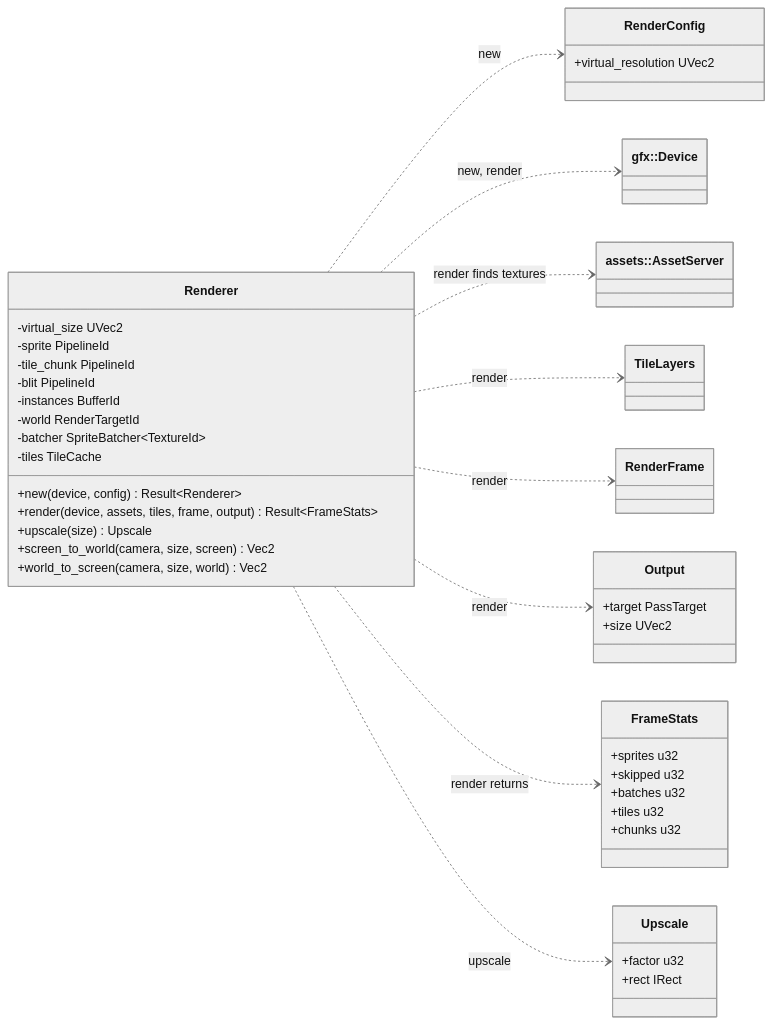
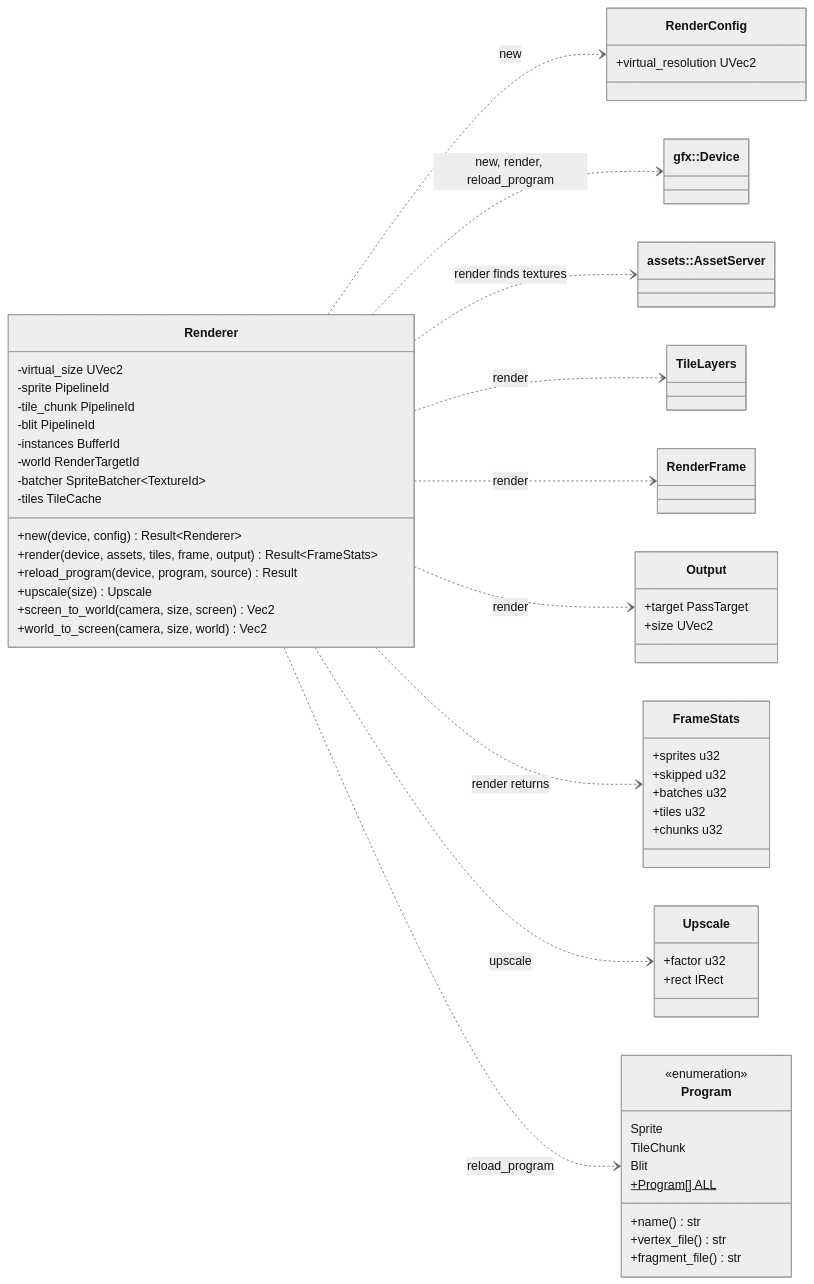
Before and after one commit to jabbott-iii/Nadir: diagram 13 of 27 in diagrams/class-diagram.md, drawn with Mermaid (neutral theme). The commit also changed other lines of this file and 15 other files, not shown here.

````diff
--- a/diagrams/class-diagram.md
+++ b/diagrams/class-diagram.md
@@ -1014,49 +1016,61 @@
 ```mermaid
 classDiagram
     direction LR
     class Renderer {
         -virtual_size UVec2
         -sprite PipelineId
         -tile_chunk PipelineId
         -blit PipelineId
         -instances BufferId
         -world RenderTargetId
         -batcher SpriteBatcher~TextureId~
         -tiles TileCache
         +new(device, config) Result~Renderer~
         +render(device, assets, tiles, frame, output) Result~FrameStats~
+        +reload_program(device, program, source) Result
         +upscale(size) Upscale
         +screen_to_world(camera, size, screen) Vec2
         +world_to_screen(camera, size, world) Vec2
     }
     class RenderConfig {
         +virtual_resolution UVec2
     }
     class Output {
         +target PassTarget
         +size UVec2
     }
     class FrameStats {
         +sprites u32
         +skipped u32
         +batches u32
         +tiles u32
         +chunks u32
     }
     class Upscale {
         +factor u32
         +rect IRect
     }
+    class Program {
+        <<enumeration>>
+        Sprite
+        TileChunk
+        Blit
+        +Program[] ALL$
+        +name() str
+        +vertex_file() str
+        +fragment_file() str
+    }
     class RenderFrame
     class TileLayers
     class Device["gfx::Device"]
     class AssetServer["assets::AssetServer"]
     Renderer ..> RenderConfig : new
-    Renderer ..> Device : new, render
+    Renderer ..> Device : new, render, reload_program
     Renderer ..> AssetServer : render finds textures
     Renderer ..> TileLayers : render
     Renderer ..> RenderFrame : render
     Renderer ..> Output : render
     Renderer ..> FrameStats : render returns
     Renderer ..> Upscale : upscale
+    Renderer ..> Program : reload_program
 ```
````
